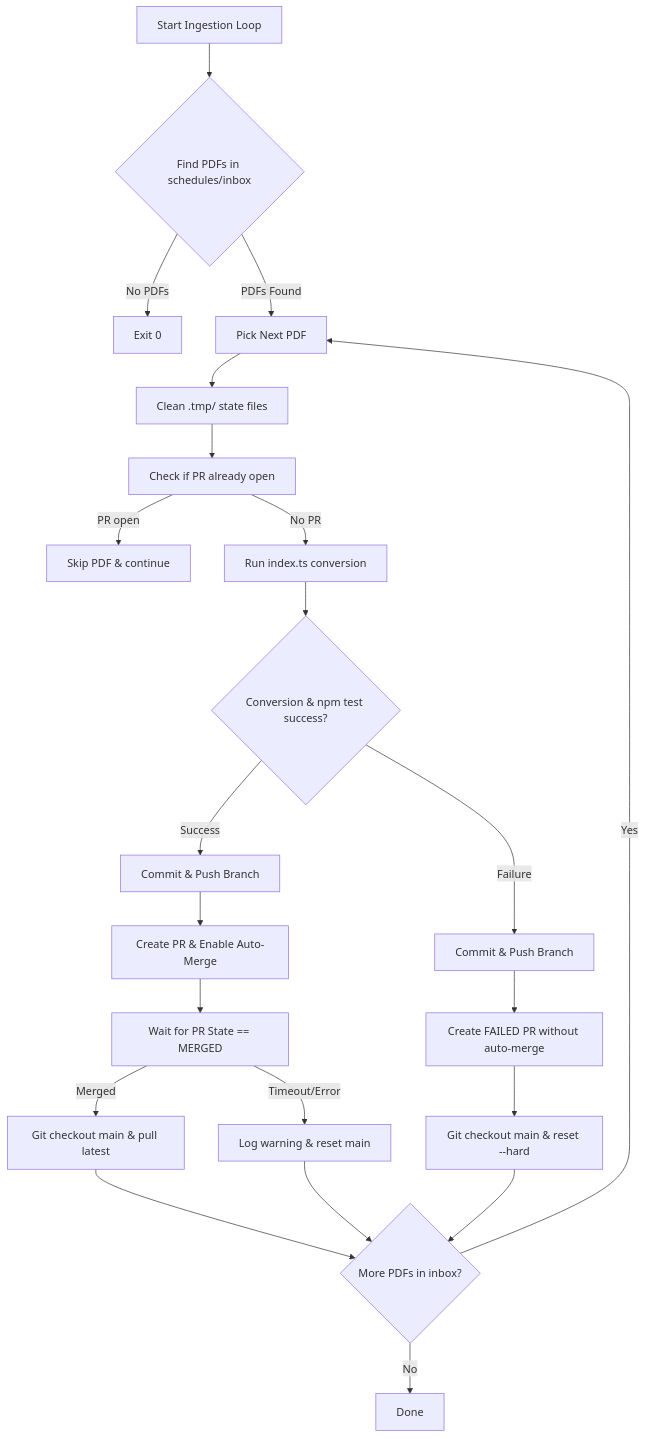
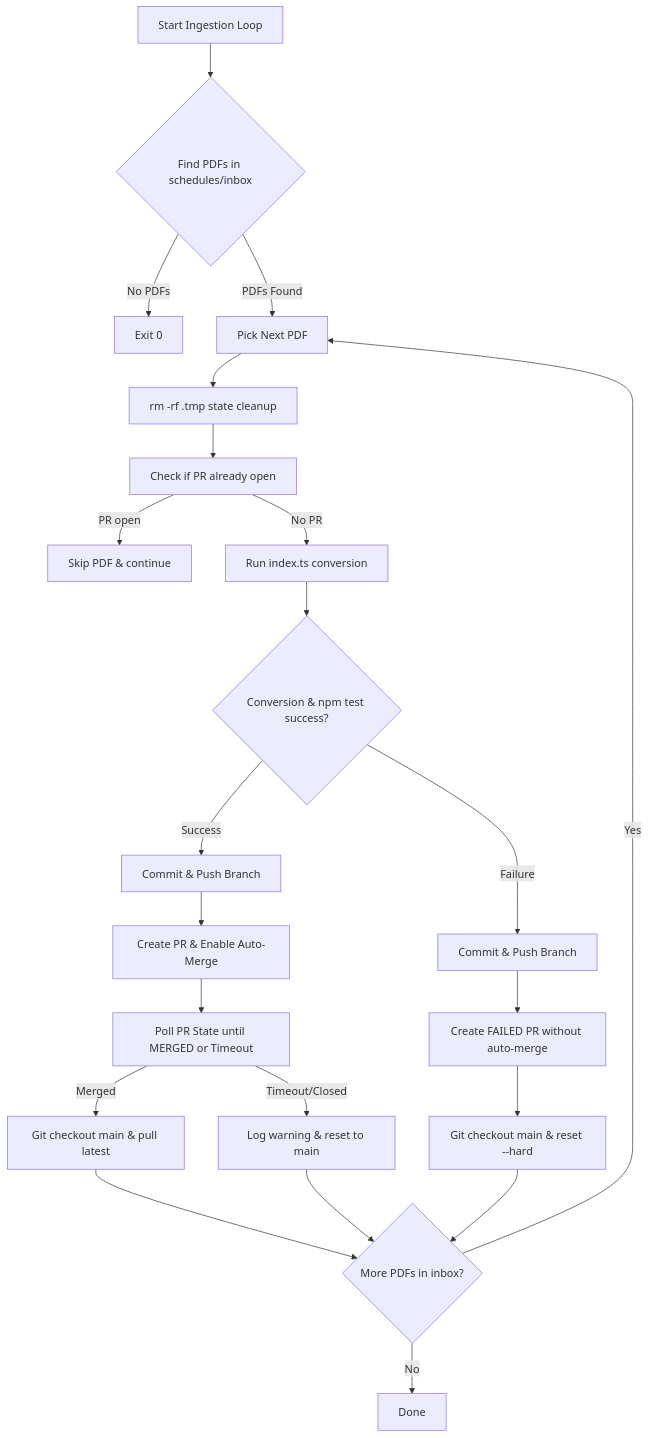
One commit to emmby/LairPages changed the diagram in docs/superpowers/specs/2026-08-01-sequential-ingestion-pipeline-design.md. Above: the diagram before and after it, drawn with Mermaid. The commit also changed other lines of this file, not shown here.

Commit message:
docs: update spec with rm -rf .tmp cleanup and concurrency refinements

````diff
--- a/docs/superpowers/specs/2026-08-01-sequential-ingestion-pipeline-design.md
+++ b/docs/superpowers/specs/2026-08-01-sequential-ingestion-pipeline-design.md
@@ -17,24 +17,24 @@
 ```mermaid
 flowchart TD
     A[Start Ingestion Loop] --> B{Find PDFs in schedules/inbox}
     B -->|No PDFs| C[Exit 0]
     B -->|PDFs Found| D[Pick Next PDF]
-    D --> E[Clean .tmp/ state files]
+    D --> E[rm -rf .tmp state cleanup]
     E --> F[Check if PR already open]
     F -->|PR open| G[Skip PDF & continue]
     F -->|No PR| H[Run index.ts conversion]
     H --> I{Conversion & npm test success?}
     I -->|Success| J[Commit & Push Branch]
     J --> K[Create PR & Enable Auto-Merge]
-    K --> L[Wait for PR State == MERGED]
+    K --> L[Poll PR State until MERGED or Timeout]
     L -->|Merged| M[Git checkout main & pull latest]
-    L -->|Timeout/Error| N[Log warning & reset main]
+    L -->|Timeout/Closed| N[Log warning & reset to main]
     M --> O{More PDFs in inbox?}
     N --> O
     I -->|Failure| P[Commit & Push Branch]
     P --> Q[Create FAILED PR without auto-merge]
     Q --> R[Git checkout main & reset --hard]
     R --> O
     O -->|Yes| D
     O -->|No| S[Done]
 ```
````
